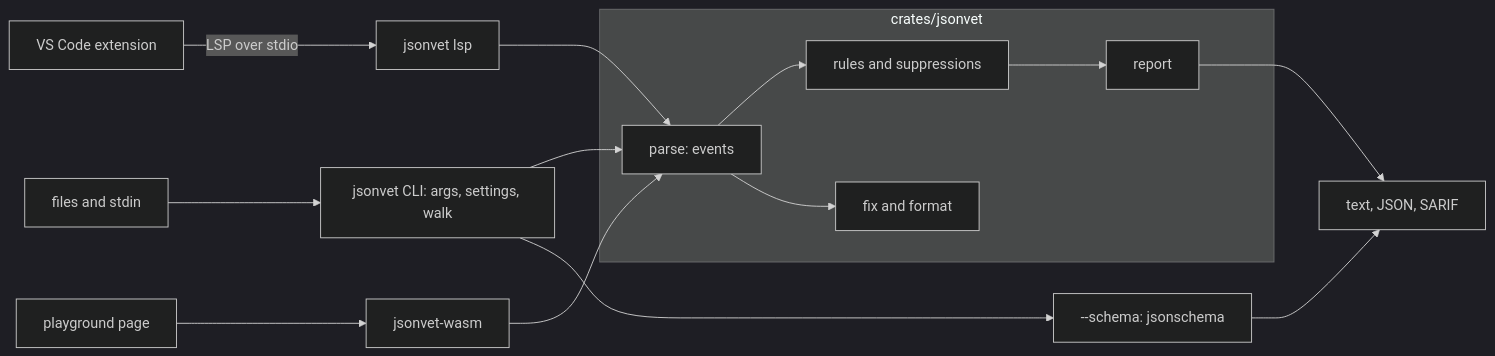
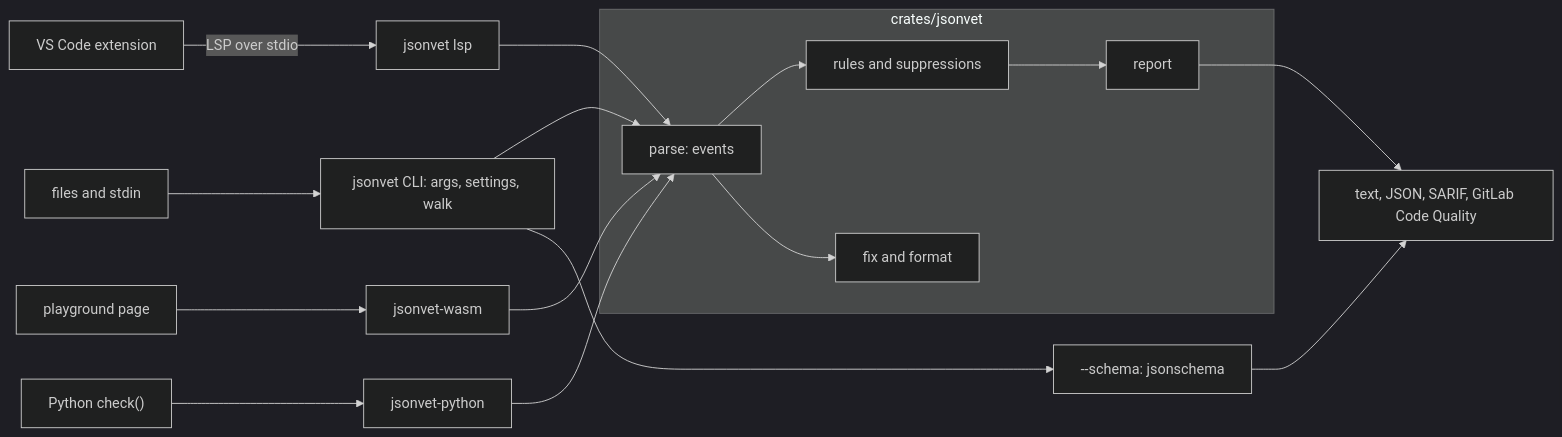
The diagram in docs/architecture.md (simonvanlierde/jsonvet), drawn with Mermaid (dark theme) before and after one commit. The commit also changed other lines of this file and 12 other files, not shown here.

````diff
--- a/docs/architecture.md
+++ b/docs/architecture.md
@@ -16,16 +15,18 @@
 ```mermaid
 flowchart LR
   files["files and stdin"] --> cli["jsonvet CLI: args, settings, walk"]
   vscode["VS Code extension"] -- "LSP over stdio" --> lsp["jsonvet lsp"]
   playground["playground page"] --> wasm["jsonvet-wasm"]
+  python["Python check()"] --> bindings["jsonvet-python"]
   subgraph library ["crates/jsonvet"]
     parse["parse: events"] --> rules["rules and suppressions"] --> report["report"]
     parse --> fixes["fix and format"]
   end
   cli --> parse
   lsp --> parse
   wasm --> parse
+  bindings --> parse
   cli --> schema["--schema: jsonschema"]
-  report --> out["text, JSON, SARIF"]
+  report --> out["text, JSON, SARIF, GitLab Code Quality"]
   schema --> out
 ```
````
